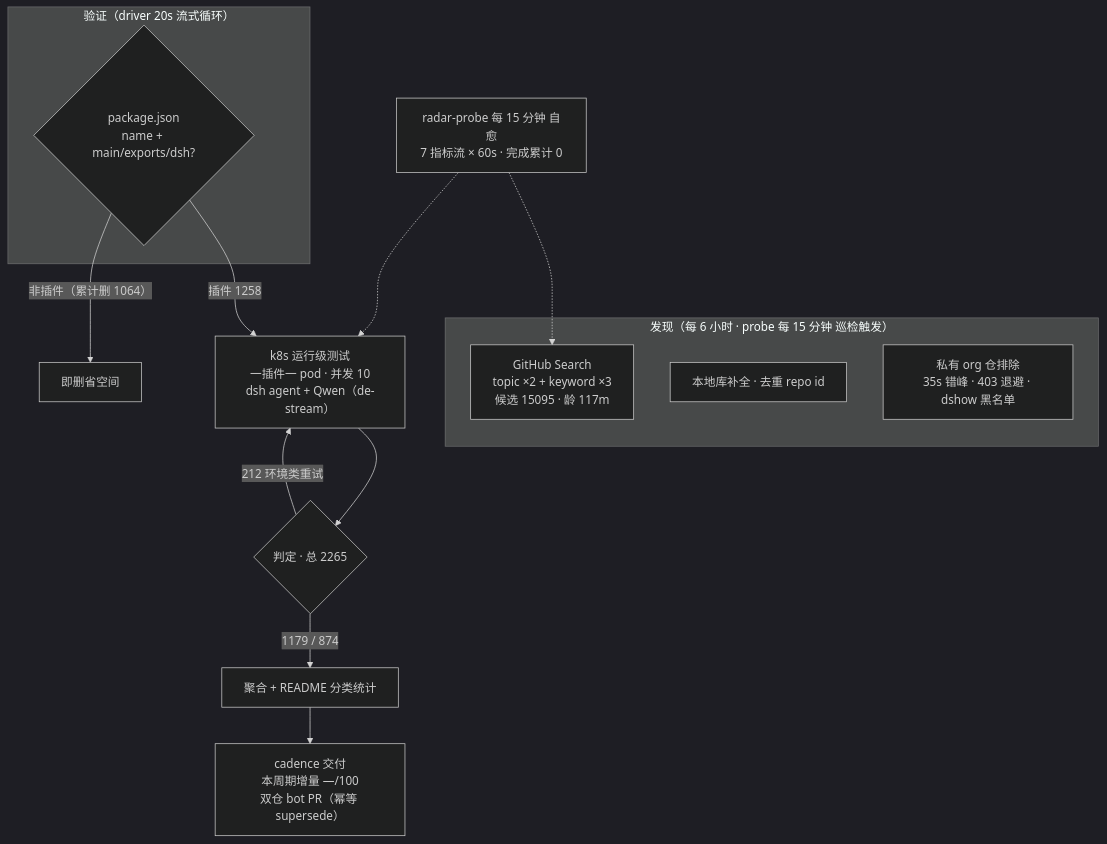
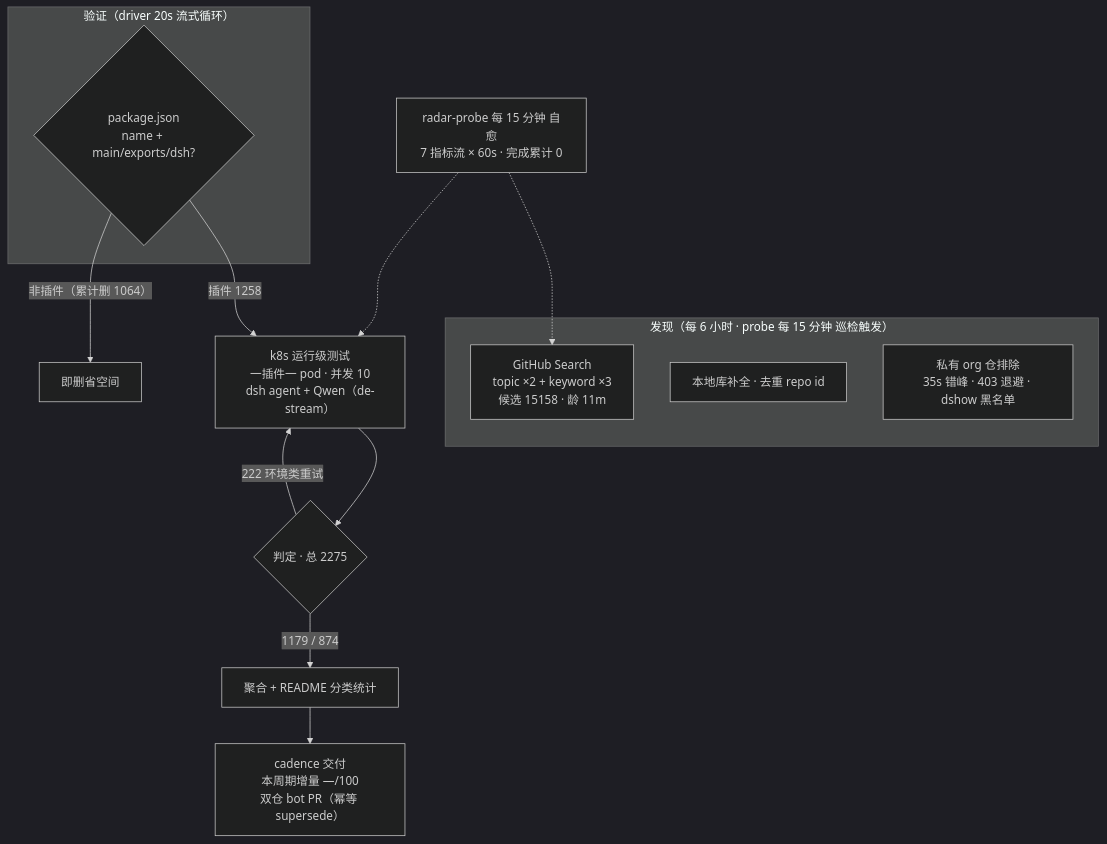
One commit to Zhidao-Lab-OSS/awesome-dsh-plugins changed the diagram in README.md. Above: the diagram before and after it, drawn with Mermaid (dark theme). The commit also changed other lines of this file and 1 other file, not shown here.

````diff
--- a/README.md
+++ b/README.md
@@ -37,20 +37,20 @@
 ```mermaid
 flowchart TB
     subgraph Discovery["发现（每 6 小时 · probe 每 15 分钟 巡检触发）"]
-        A1["GitHub Search<br/>topic ×2 + keyword ×3<br/>候选 15095 · 龄 117m"]
+        A1["GitHub Search<br/>topic ×2 + keyword ×3<br/>候选 15158 · 龄 11m"]
         A2["本地库补全 · 去重 repo id"]
         A3["私有 org 仓排除<br/>35s 错峰 · 403 退避 · dshow 黑名单"]
     end
     subgraph Validation["验证（driver 20s 流式循环）"]
         B1{"package.json<br/>name + main/exports/dsh?"}
     end
     B1 -->|"插件 1258"| C1["k8s 运行级测试<br/>一插件一 pod · 并发 10<br/>dsh agent + Qwen（de-stream）"]
     B1 -->|"非插件（累计删 1064）"| B3["即删省空间"]
-    C1 --> D1{"判定 · 总 2265"}
+    C1 --> D1{"判定 · 总 2275"}
     D1 -->|"1179 / 874"| E1["聚合 + README 分类统计"]
-    D1 -->|"212 环境类重试"| C1
+    D1 -->|"222 环境类重试"| C1
     E1 --> E2["cadence 交付<br/>本周期增量 —/100<br/>双仓 bot PR（幂等 supersede）"]
     M["radar-probe 每 15 分钟 自愈<br/>7 指标流 × 60s · 完成累计 0"]
     M -.-> A1
     M -.-> C1
 ```
````
